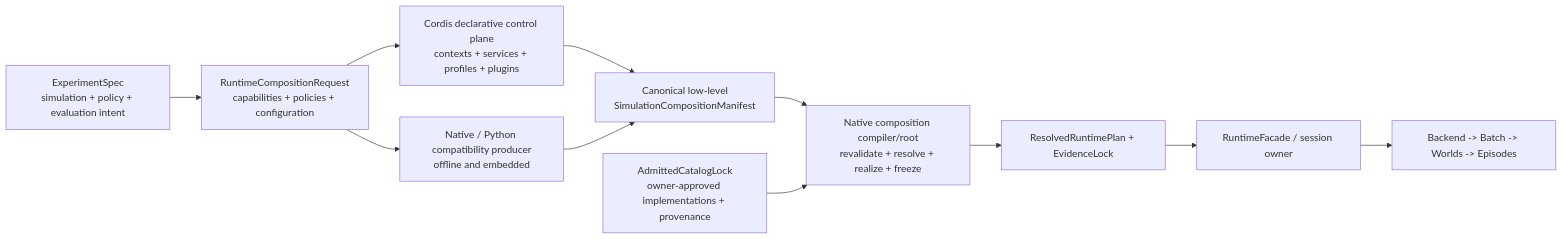
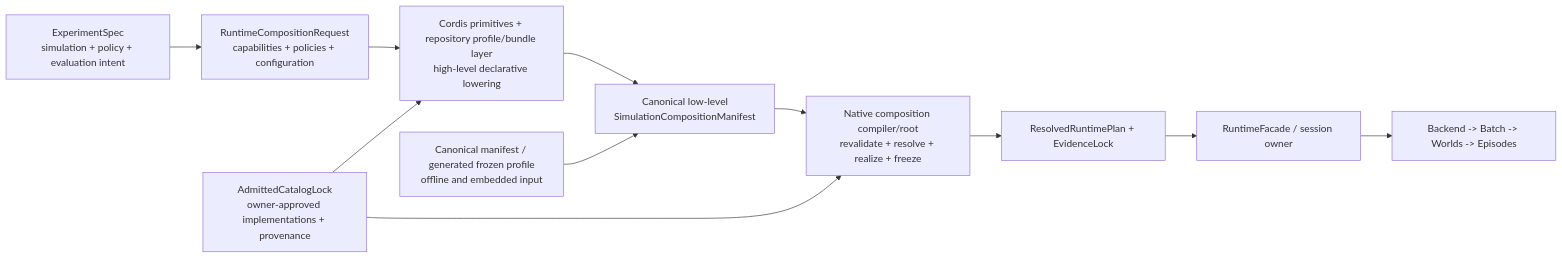
The diagram in docs/architecture/reviews/cordis_simulation_composition_program_review_response_20260817.md (Void0312Aurora/Echelon-Forge), drawn with Mermaid before and after one commit. The commit also changed other lines of this file and 15 other files, not shown here.

````diff
--- a/docs/architecture/reviews/cordis_simulation_composition_program_review_response_20260817.md
+++ b/docs/architecture/reviews/cordis_simulation_composition_program_review_response_20260817.md
@@ -75,24 +78,24 @@
 ```mermaid
 flowchart LR
     EXP["ExperimentSpec\nsimulation + policy + evaluation intent"]
     PROJECT["RuntimeCompositionRequest\ncapabilities + policies + configuration"]
-    CORDIS["Cordis declarative control plane\ncontexts + services + profiles + plugins"]
-    COMPAT["Native / Python compatibility producer\noffline and embedded"]
+    CORDIS["Cordis primitives + repository profile/bundle layer\nhigh-level declarative lowering"]
+    FROZEN["Canonical manifest / generated frozen profile\noffline and embedded input"]
     REQUEST["Canonical low-level\nSimulationCompositionManifest"]
     CATALOG["AdmittedCatalogLock\nowner-approved implementations + provenance"]
     NATIVE["Native composition compiler/root\nrevalidate + resolve + realize + freeze"]
     PLAN["ResolvedRuntimePlan + EvidenceLock"]
     FACADE["RuntimeFacade / session owner"]
     EXEC["Backend -> Batch -> Worlds -> Episodes"]
 
     EXP --> PROJECT
     PROJECT --> CORDIS
-    PROJECT --> COMPAT
+    CATALOG --> CORDIS
     CORDIS --> REQUEST
-    COMPAT --> REQUEST
+    FROZEN --> REQUEST
     REQUEST --> NATIVE
     CATALOG --> NATIVE
     NATIVE --> PLAN
     PLAN --> FACADE
     FACADE --> EXEC
 ```
````
